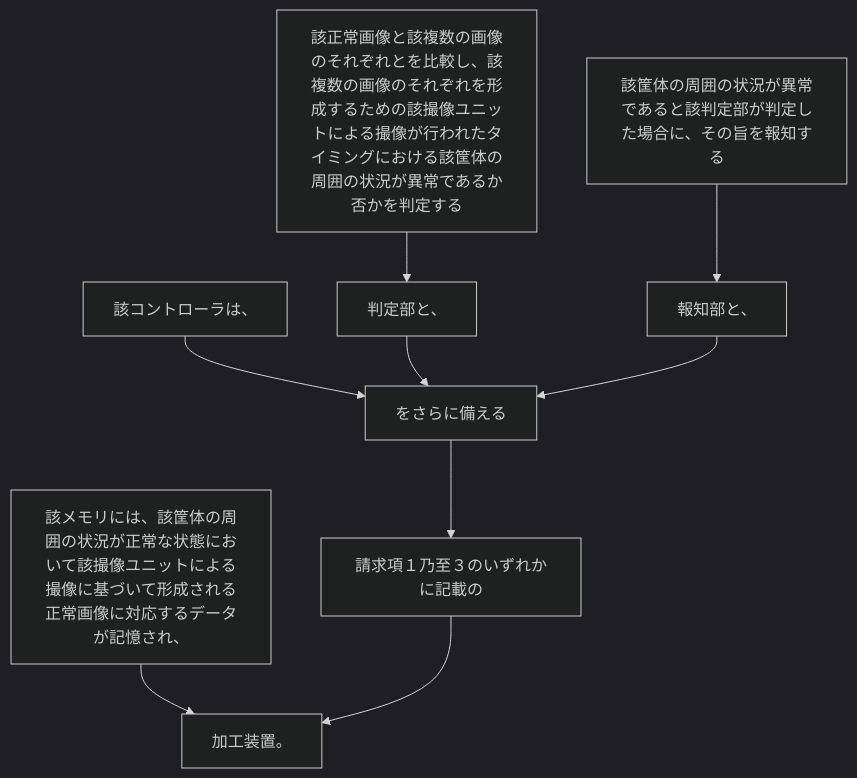
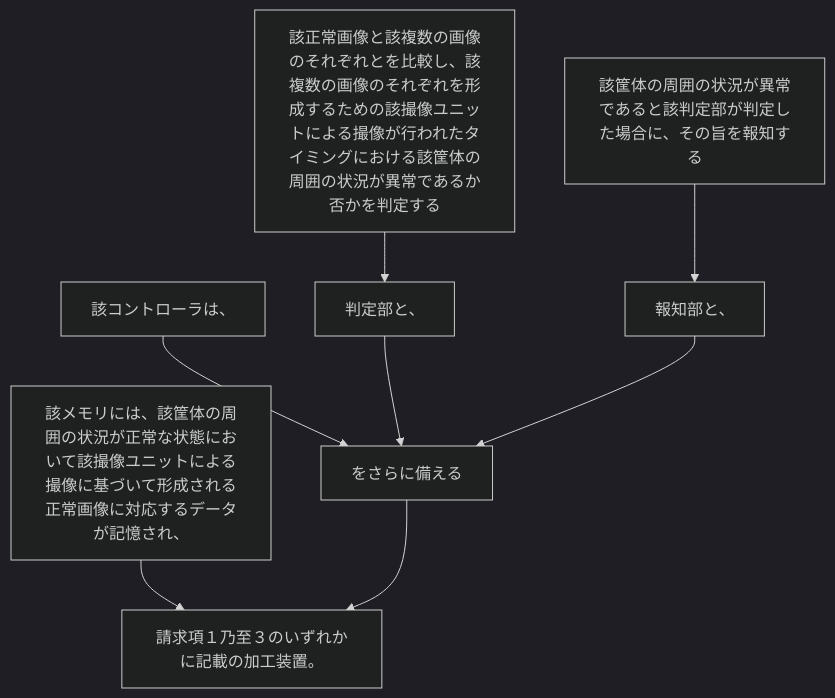
Before and after one commit to shinmori55/patent_analyzed: the diagram in 2024/JP2024029313A/claim_5/README.md, drawn with Mermaid (dark theme). The commit also changed 19 other files, not shown here.

````diff
--- a/2024/JP2024029313A/claim_5/README.md
+++ b/2024/JP2024029313A/claim_5/README.md
@@ -6,20 +6,18 @@
 ```mermaid
 flowchart TD
 A[該メモリには、該筐体の周囲の状況が正常な状態において該撮像ユニットによる撮像に基づいて形成される正常画像に対応するデータが記憶され、]
 B[該コントローラは、]
 C[該正常画像と該複数の画像のそれぞれとを比較し、該複数の画像のそれぞれを形成するための該撮像ユニットによる撮像が行われたタイミングにおける該筐体の周囲の状況が異常であるか否かを判定する]
 D[判定部と、]
 E[該筐体の周囲の状況が異常であると該判定部が判定した場合に、その旨を報知する]
 F[報知部と、]
 G[をさらに備える]
-H[請求項１乃至３のいずれかに記載の]
-I[加工装置。]
-A --> I
+H[請求項１乃至３のいずれかに記載の加工装置。]
+A --> H
 B --> G
 C --> D
 D --> G
 E --> F
 F --> G
 G --> H
-H --> I
 ```
````
